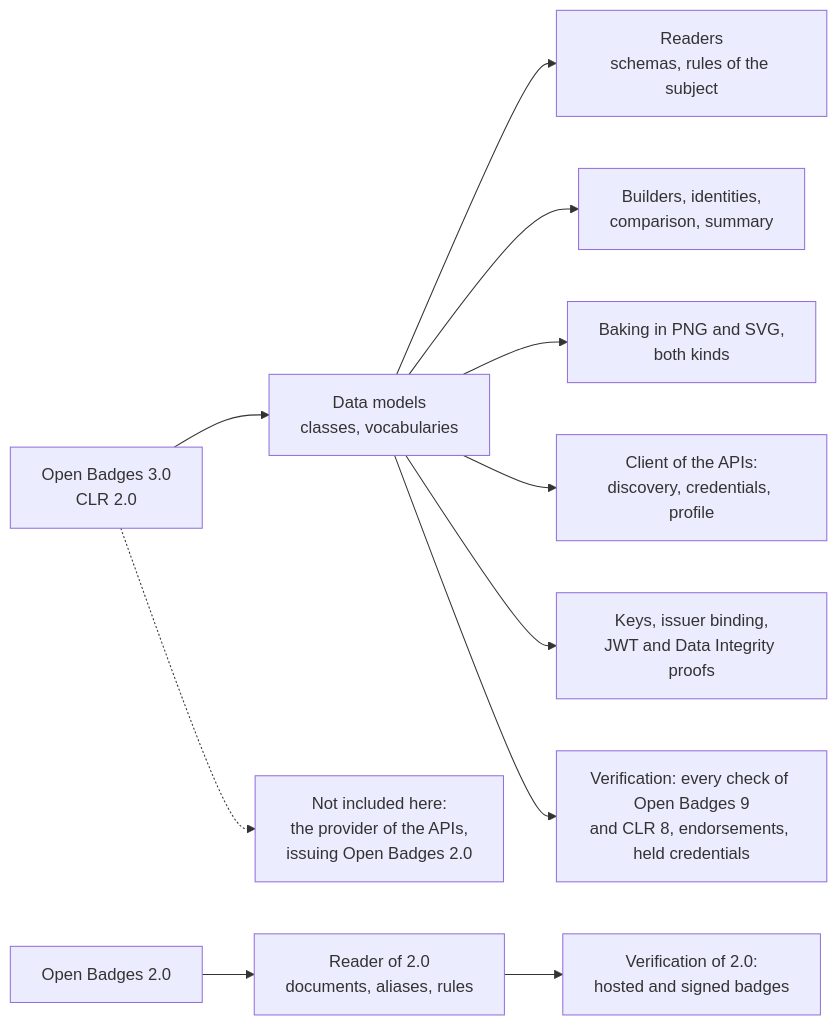
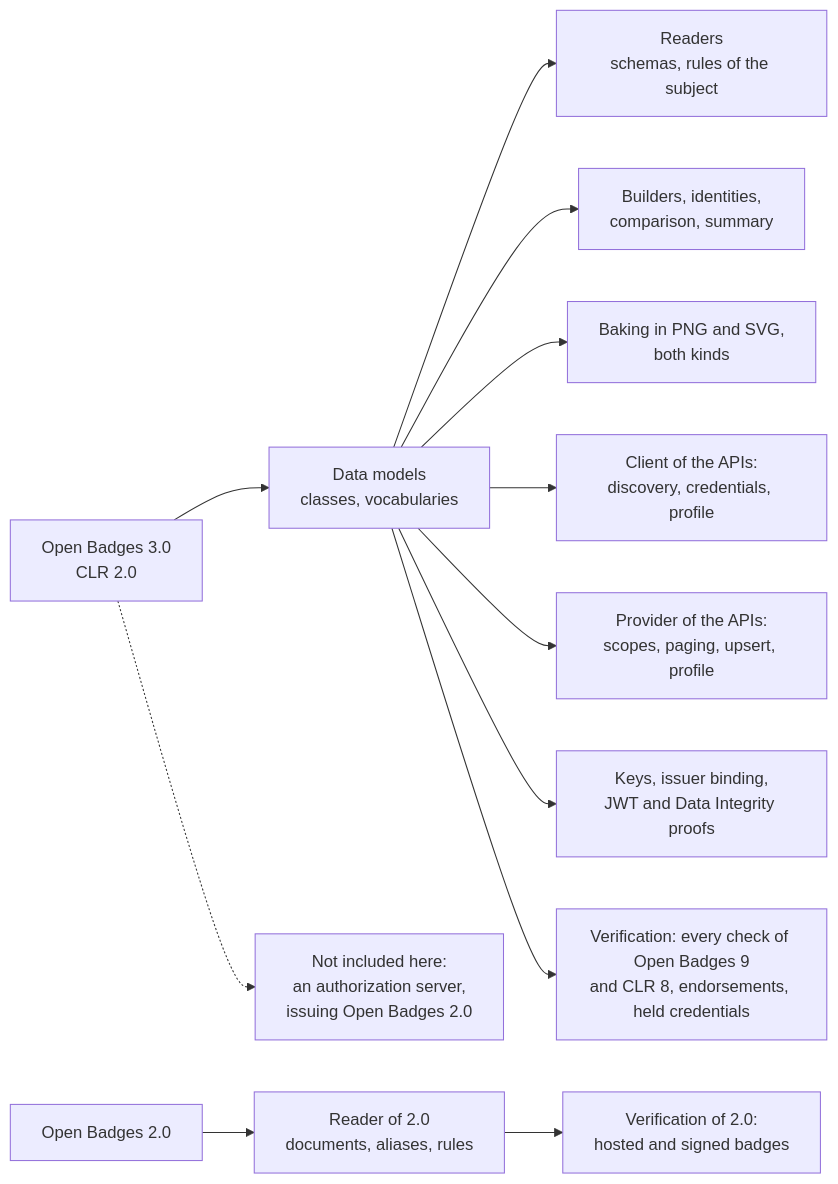
Before and after one commit to interopkit/interopkit: the diagram in docs/achievement-credentials/supported.md, drawn with Mermaid. The commit also changed other lines of this file and 40 other files, not shown here.

First line of the commit message:
Serve the Open Badges API and the CLR Standard API as the resource server, over the host's stores and authorize

````diff
--- a/docs/achievement-credentials/supported.md
+++ b/docs/achievement-credentials/supported.md
@@ -6,13 +6,14 @@
 ```mermaid
 flowchart LR
   spec["Open Badges 3.0<br/>CLR 2.0"] --> model["Data models<br/>classes, vocabularies"]
   model --> read["Readers<br/>schemas, rules of the subject"]
   model --> issue["Builders, identities,<br/>comparison, summary"]
   model --> baking["Baking in PNG and SVG,<br/>both kinds"]
   model --> client["Client of the APIs:<br/>discovery, credentials, profile"]
+  model --> provider["Provider of the APIs:<br/>scopes, paging, upsert, profile"]
   model --> keys["Keys, issuer binding,<br/>JWT and Data Integrity proofs"]
   spec2["Open Badges 2.0"] --> read2["Reader of 2.0<br/>documents, aliases, rules"]
   read2 --> verify2["Verification of 2.0:<br/>hosted and signed badges"]
   model --> verify["Verification: every check of Open Badges 9<br/>and CLR 8, endorsements, held credentials"]
-  spec -.-> outside["Not included here:<br/>the provider of the APIs,<br/>issuing Open Badges 2.0"]
+  spec -.-> outside["Not included here:<br/>an authorization server,<br/>issuing Open Badges 2.0"]
 ```
````
